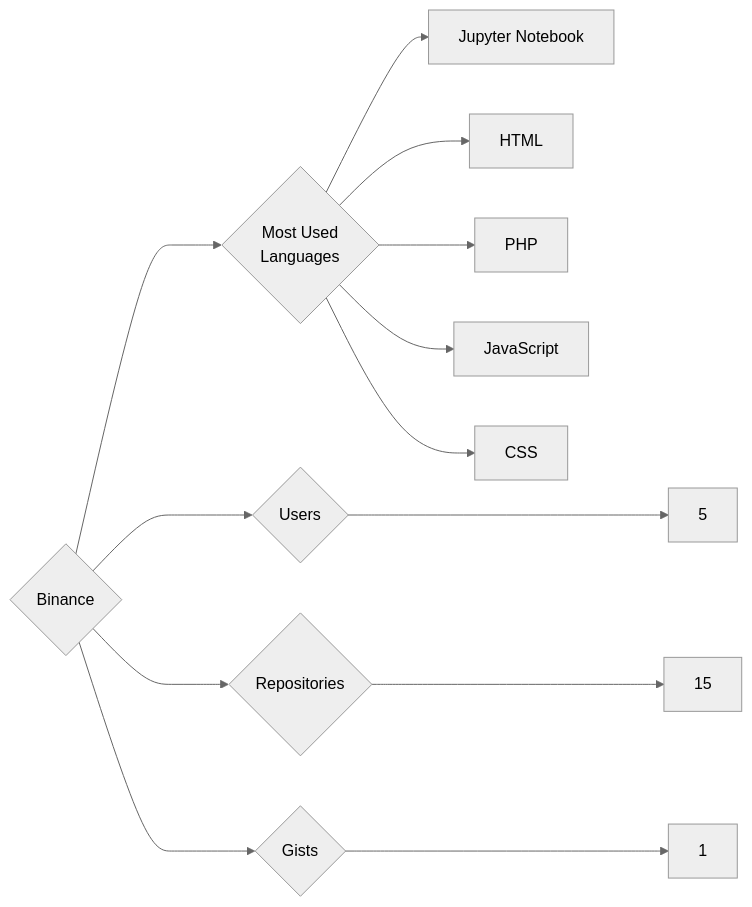
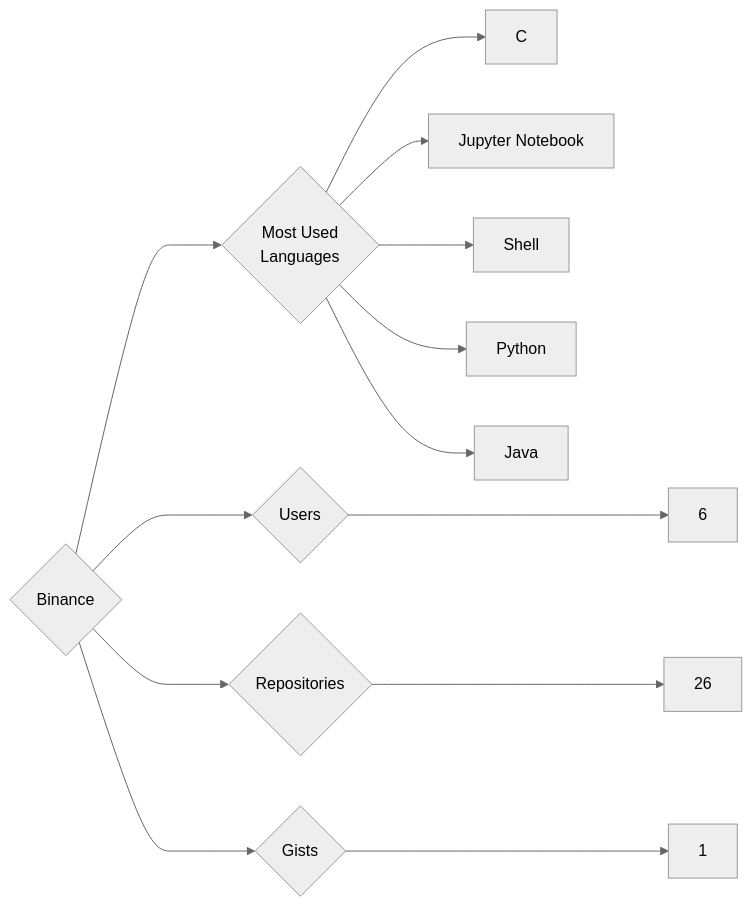
One commit to trickest/insiders changed the diagram in targets/Binance/README.md. Above: the diagram before and after it, drawn with Mermaid (neutral theme). The commit also changed 681 other files, not shown here.

````diff
--- a/targets/Binance/README.md
+++ b/targets/Binance/README.md
@@ -3,13 +3,13 @@
 ```mermaid
 graph LR
 COMPANY_NAME{Binance}
-COMPANY_NAME ---> U{Users} ---> UN[5]
-COMPANY_NAME ---> R{Repositories} ---> RN[15]
+COMPANY_NAME ---> U{Users} ---> UN[6]
+COMPANY_NAME ---> R{Repositories} ---> RN[26]
 COMPANY_NAME ---> G{Gists} ---> GN[1]
 COMPANY_NAME ---> ML{Most Used<br>Languages}
+ML --> C[C]
 ML --> Jupyter_Notebook[Jupyter Notebook]
-ML --> HTML[HTML]
-ML --> PHP[PHP]
-ML --> JavaScript[JavaScript]
-ML --> CSS[CSS]
+ML --> Shell[Shell]
+ML --> Python[Python]
+ML --> Java[Java]
 ```
````
